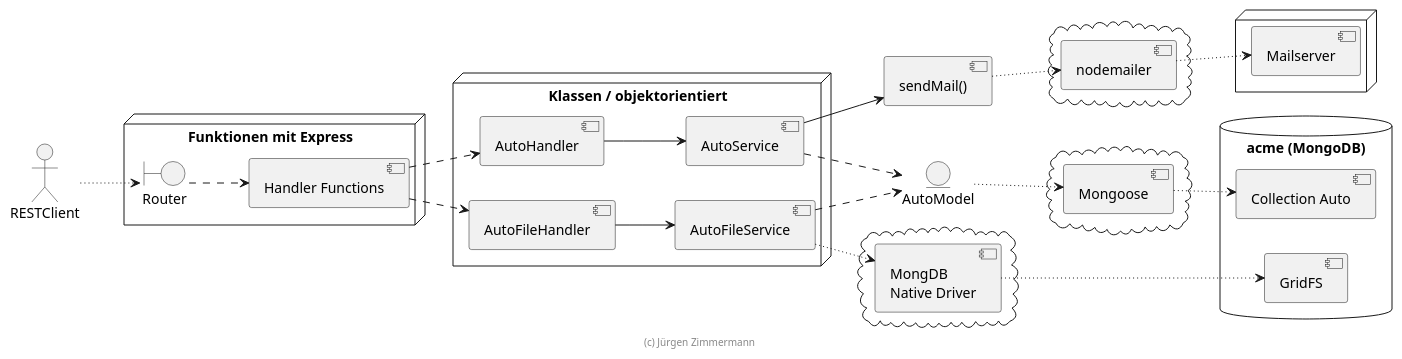
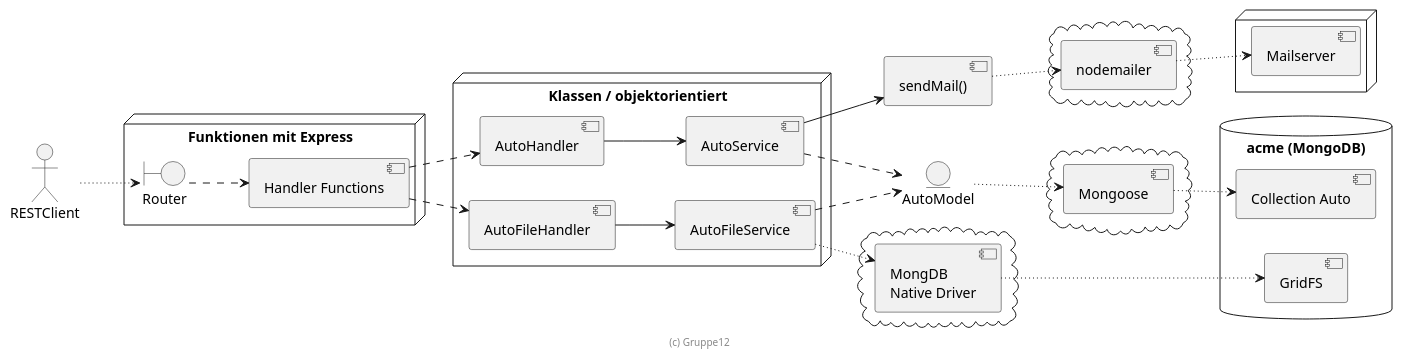
The diagram in doc/komponenten.puml (fabiansw/sweablage), drawn with PlantUML before and after one commit. The commit also changed 5 other files, not shown here.

```diff
--- a/doc/komponenten.puml
+++ b/doc/komponenten.puml
@@ -15,69 +15,69 @@
 @startuml Komponenten
 
 skinparam componentStyle uml2
 
 left to right direction
 
 actor RESTClient
 
 node "Funktionen mit Express" {
   boundary Router
   [Handler Functions]
 }
 
 node "Klassen / objektorientiert" {
   [AutoHandler]
   [AutoFileHandler]
 
   [AutoService]
   [AutoFileService]
 }
 
 [sendMail()] as sendMail
 
 entity AutoModel
 
 cloud {
     [Mongoose]
 }
 
 cloud {
     [MongDB\nNative Driver]
 }
 
 cloud {
     [nodemailer]
 }
 
 database "acme (MongoDB)" {
     [Collection Auto]
     [GridFS]
 }
 
 node {
     [Mailserver]
 }
 
 
 RESTClient ~~> [Router]
 [Router] ..> [Handler Functions]
 [Handler Functions] ..> [AutoHandler]
 [Handler Functions] ..> [AutoFileHandler]
 
 [AutoHandler] --> [AutoService]
 [AutoFileHandler] --> [AutoFileService]
 [AutoService] ..> [AutoModel]
 [AutoFileService] ..> [AutoModel]
 
 [AutoModel] ~~> [Mongoose]
 [AutoFileService] ~~> [MongDB\nNative Driver]
 [sendMail] ~~> [nodemailer]
 [Mongoose] ~~> [Collection Auto]
 [MongDB\nNative Driver] ~~> [GridFS]
 
 [AutoService] --> [sendMail]
 [nodemailer] ~~> [Mailserver]
 
-footer (c) Jürgen Zimmermann
+footer (c) Gruppe12
 
 @enduml
```
